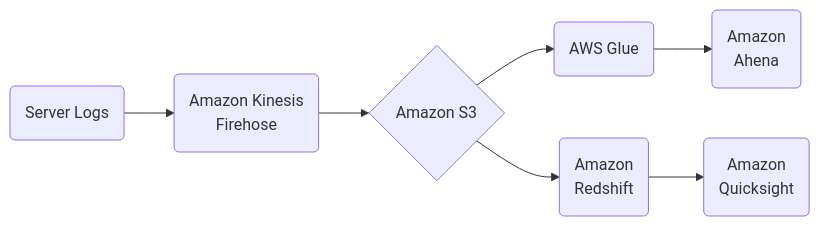
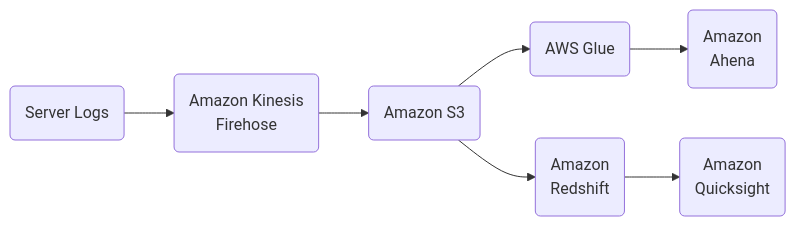
One commit to mariotalavera/aws_big_data_cert changed the sixth of 7 diagrams in demo_app_for_class.md. Above: the diagram before and after it, drawn with Mermaid. The commit also changed other lines of this file and 3 other files, not shown here.

````diff
--- a/demo_app_for_class.md
+++ b/demo_app_for_class.md
@@ -44,7 +44,7 @@
 ```mermaid
 graph LR
-a(Server Logs) --> b(Amazon Kinesis<br> Firehose) --> c{Amazon S3}
+a(Server Logs) --> b(Amazon Kinesis<br> Firehose) --> c(Amazon S3)
 
 c --> d(AWS Glue) --> e(Amazon<br> Ahena)
 c --> f(Amazon<br> Redshift) --> g(Amazon<br> Quicksight)
 ```
````
